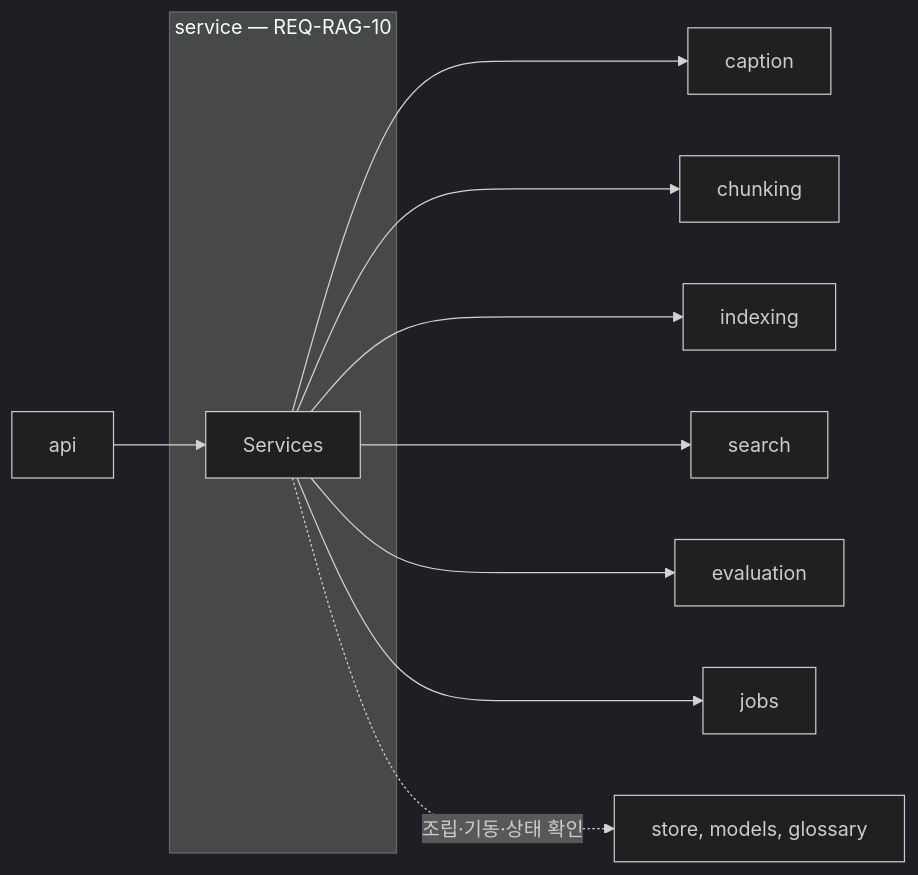
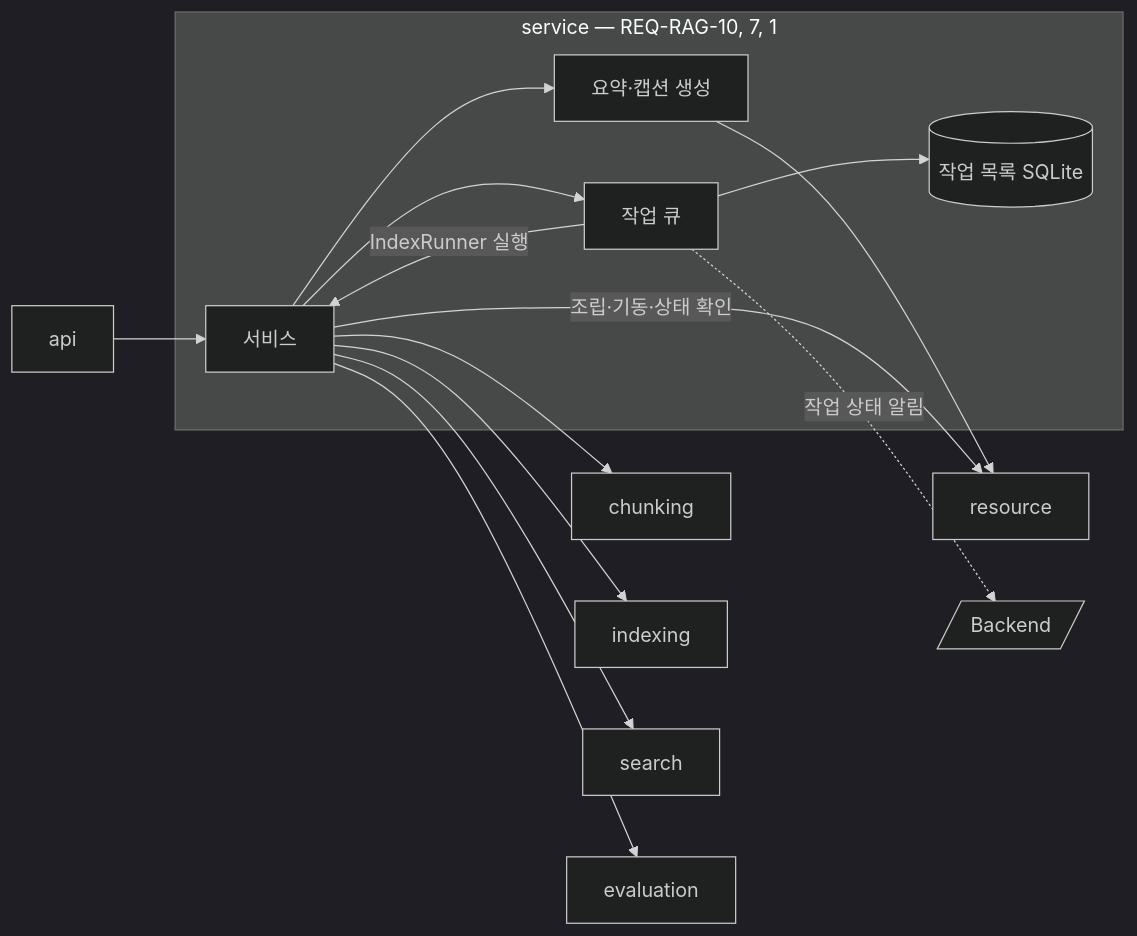
The first of 4 diagrams in apps/rag-server/src/minerva_rag/service/MODULE.md (victor7-aquila/minerva), drawn with Mermaid (dark theme) before and after one commit. The commit also changed other lines of this file and 12 other files, not shown here.

````diff
--- a/apps/rag-server/src/minerva_rag/service/MODULE.md
+++ b/apps/rag-server/src/minerva_rag/service/MODULE.md
@@ -54,14 +72,21 @@
 ```mermaid
 flowchart LR
     API["api"] --> Services
-    subgraph Boundary["service — REQ-RAG-10"]
-        Services["Services"]
+    subgraph Boundary["service — REQ-RAG-10, 7, 1"]
+        Services["서비스"]
+        Queue["작업 큐"]
+        Captioner["요약·캡션 생성"]
+        DB[("작업 목록 SQLite")]
     end
-    Services --> Caption["caption"]
+    Services --> Queue
+    Queue -->|IndexRunner 실행| Services
+    Queue --> DB
+    Services --> Captioner
+    Captioner --> Resource["resource"]
+    Services -->|조립·기동·상태 확인| Resource
     Services --> Chunking["chunking"]
     Services --> Indexing["indexing"]
     Services --> Search["search"]
     Services --> Evaluation["evaluation"]
-    Services --> Jobs["jobs"]
-    Services -.->|조립·기동·상태 확인| Infra["store, models, glossary"]
+    Queue -.->|작업 상태 알림| Backend[/"Backend"/]
 ```
````
